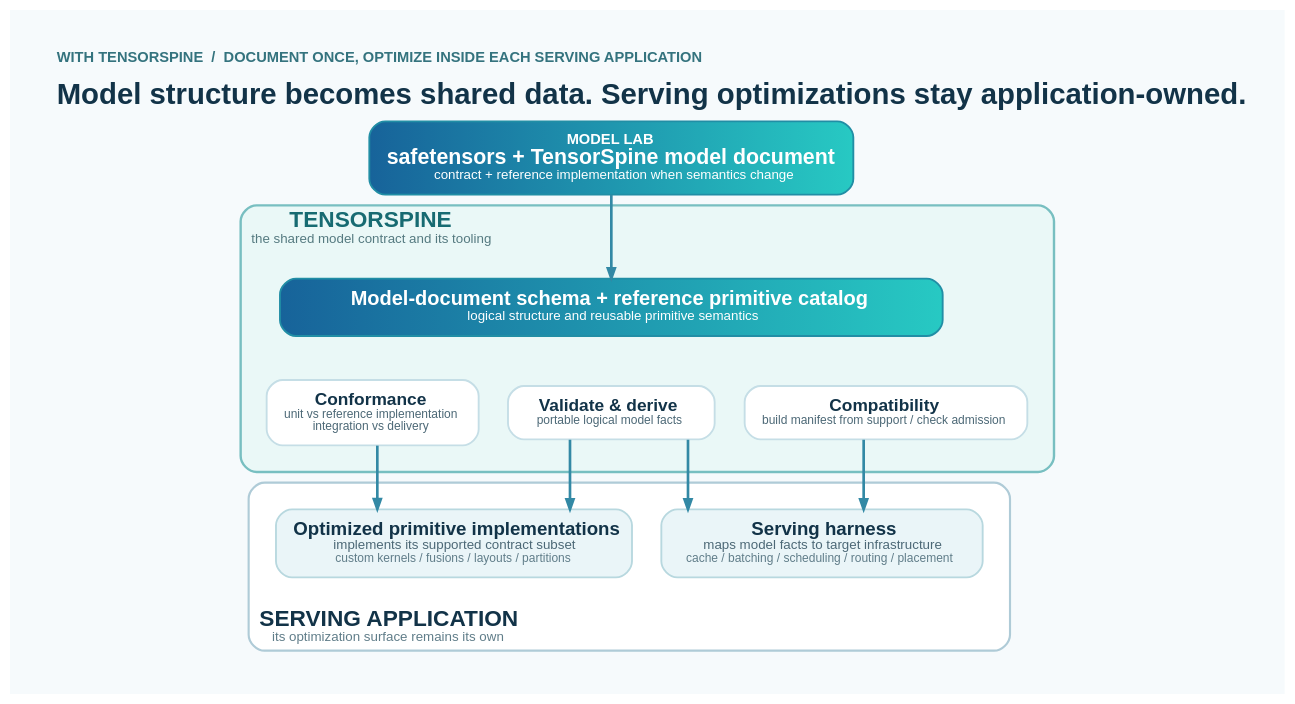
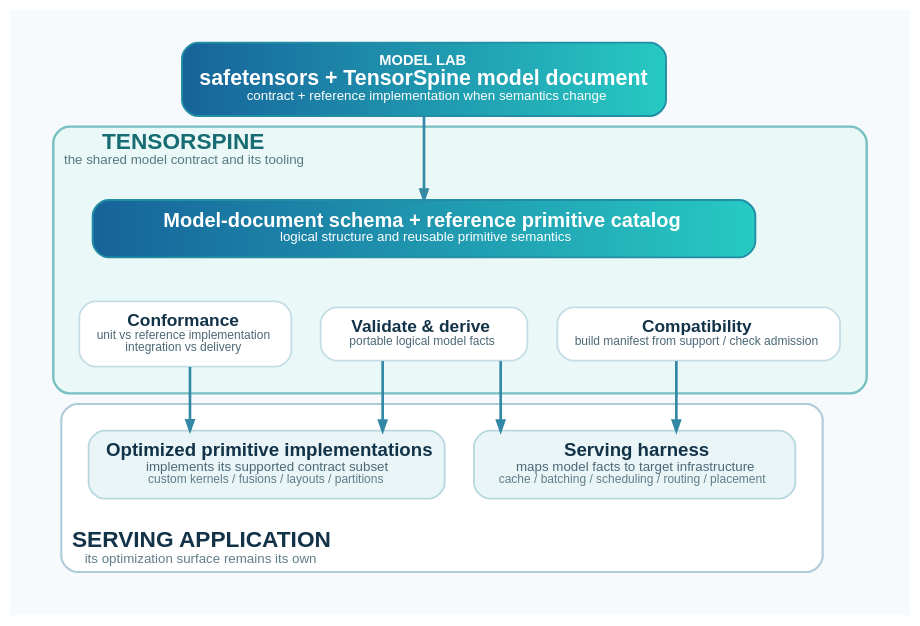
Before and after one commit to maneex/tensorspine: the diagram in docs/serving-with-tensorspine.dot, drawn with Graphviz. The commit also changed 4 other files, not shown here.

```diff
--- a/docs/serving-with-tensorspine.dot
+++ b/docs/serving-with-tensorspine.dot
@@ -1,134 +1,126 @@
 // Render with: dot -Tsvg docs/serving-with-tensorspine.dot -o docs/serving-with-tensorspine.svg
 digraph serving_with_tensorspine {
   graph [
     rankdir=TB,
     bgcolor="#F6FAFC",
     pad="0.34",
     nodesep="0.30",
     ranksep="0.46",
     splines=ortho,
     compound=true,
-    fontname="Arial",
-    fontcolor="#123348",
-    labeljust=l,
-    labelloc=t,
-    label=<<TABLE BORDER="0" CELLBORDER="0" CELLPADDING="0">
-      <TR><TD ALIGN="LEFT"><FONT COLOR="#34737E" POINT-SIZE="11"><B>WITH TENSORSPINE  /  DOCUMENT ONCE, OPTIMIZE INSIDE EACH SERVING APPLICATION</B></FONT></TD></TR>
-      <TR><TD HEIGHT="7"></TD></TR>
-      <TR><TD ALIGN="LEFT"><FONT COLOR="#123348" POINT-SIZE="22"><B>Model structure becomes shared data. Serving optimizations stay application-owned.</B></FONT></TD></TR>
-    </TABLE>>
+    fontname="Arial"
   ];
 
   node [
     shape=box,
     style="rounded,filled",
     fontname="Arial",
     color="#BFD3DE",
     fillcolor="#FFFFFF",
     fontcolor="#123348",
     penwidth=1.4,
     margin="0.18,0.13"
   ];
   edge [
     color="#3389A5",
     fontname="Arial",
     fontcolor="#557583",
     fontsize=10,
     penwidth=2.0,
     arrowsize=0.75
   ];
 
   lab [
     color="#218EA5",
     fillcolor="#17639A:#27C9C3",
     gradientangle=0,
     fontcolor="#FFFFFF",
     label=<<FONT POINT-SIZE="11"><B>MODEL LAB</B></FONT><BR/><FONT POINT-SIZE="16"><B>safetensors + TensorSpine model document</B></FONT><BR/><FONT POINT-SIZE="10">contract + reference implementation when semantics change</FONT>>
   ];
 
   subgraph cluster_tensorspine {
     graph [
       style="rounded,filled",
       color="#78BFC1",
       fillcolor="#EAF8F7",
       penwidth=1.8,
       margin=20,
       labeljust=l,
       labelloc=t,
       label=<<FONT COLOR="#176B72" POINT-SIZE="17"><B>TENSORSPINE</B></FONT><BR/><FONT COLOR="#557A80" POINT-SIZE="10">the shared model contract and its tooling</FONT>>
     ];
 
     foundation [
       width=6.9,
       color="#218EA5",
       fillcolor="#17639A:#27C9C3",
       gradientangle=0,
       fontcolor="#FFFFFF",
       label=<<FONT POINT-SIZE="15"><B>Model-document schema + reference primitive catalog</B></FONT><BR/><FONT POINT-SIZE="10">logical structure and reusable primitive semantics</FONT>>
     ];
 
     derive [
       width=2.15,
       color="#C5DEE6",
       fillcolor="#FFFFFF",
       label=<<FONT POINT-SIZE="13"><B>Validate &amp; derive</B></FONT><BR/><FONT COLOR="#4C6876" POINT-SIZE="9">portable logical model facts</FONT>>
     ];
 
     admission [
       width=2.15,
       color="#C5DEE6",
       fillcolor="#FFFFFF",
       label=<<FONT POINT-SIZE="13"><B>Compatibility</B></FONT><BR/><FONT COLOR="#4C6876" POINT-SIZE="9">build manifest from support / check admission</FONT>>
     ];
 
     conformance [
       width=2.15,
       color="#C5DEE6",
       fillcolor="#FFFFFF",
       label=<<FONT POINT-SIZE="13"><B>Conformance</B></FONT><BR/><FONT COLOR="#4C6876" POINT-SIZE="9">unit vs reference implementation<BR/>integration vs delivery</FONT>>
     ];
 
     { rank=same; conformance; derive; admission; }
     conformance -> derive [style=invis, weight=20];
     derive -> admission [style=invis, weight=20];
     foundation -> conformance [style=invis, weight=2];
     foundation -> derive [style=invis, weight=2];
     foundation -> admission [style=invis, weight=2];
   }
 
   subgraph cluster_application {
     graph [
       style="rounded,filled",
       color="#AFCBD7",
       fillcolor="#FFFFFF",
       penwidth=1.6,
       margin=20,
       labeljust=l,
       labelloc=b,
       label=<<FONT COLOR="#123348" POINT-SIZE="17"><B>SERVING APPLICATION</B></FONT><BR/><FONT COLOR="#607D89" POINT-SIZE="10">its optimization surface remains its own</FONT>>
     ];
 
     implementations [
       width=3.35,
       color="#B8D8DF",
       fillcolor="#EAF5F8",
       label=<<FONT POINT-SIZE="14"><B>Optimized primitive implementations</B></FONT><BR/><FONT COLOR="#4C6876" POINT-SIZE="10">implements its supported contract subset</FONT><BR/><FONT COLOR="#607D89" POINT-SIZE="9">custom kernels / fusions / layouts / partitions</FONT>>
     ];
 
     harness [
       width=3.35,
       color="#B8D8DF",
       fillcolor="#EAF5F8",
       label=<<FONT POINT-SIZE="14"><B>Serving harness</B></FONT><BR/><FONT COLOR="#4C6876" POINT-SIZE="10">maps model facts to target infrastructure</FONT><BR/><FONT COLOR="#607D89" POINT-SIZE="9">cache / batching / scheduling / routing / placement</FONT>>
     ];
 
     { rank=same; implementations; harness; }
     implementations -> harness [style=invis, weight=20];
   }
 
   lab -> foundation;
   conformance -> implementations;
   derive -> implementations;
   derive -> harness;
   admission -> harness;
 }
```
